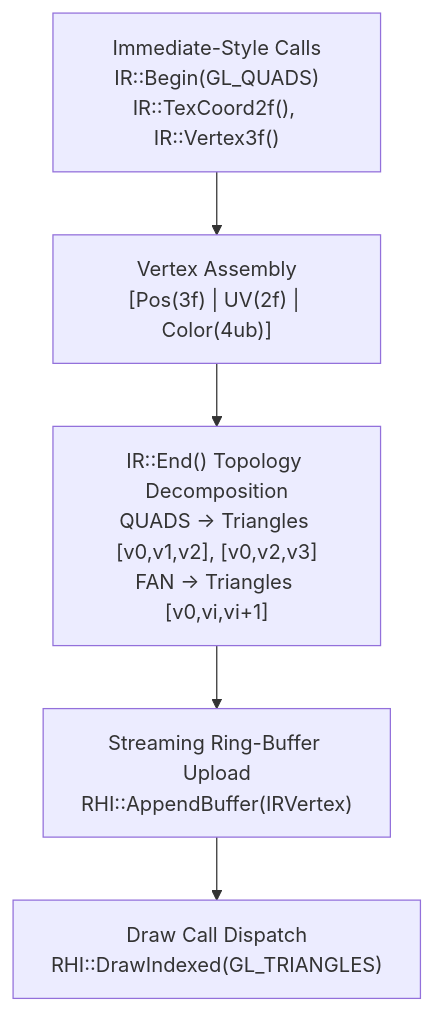
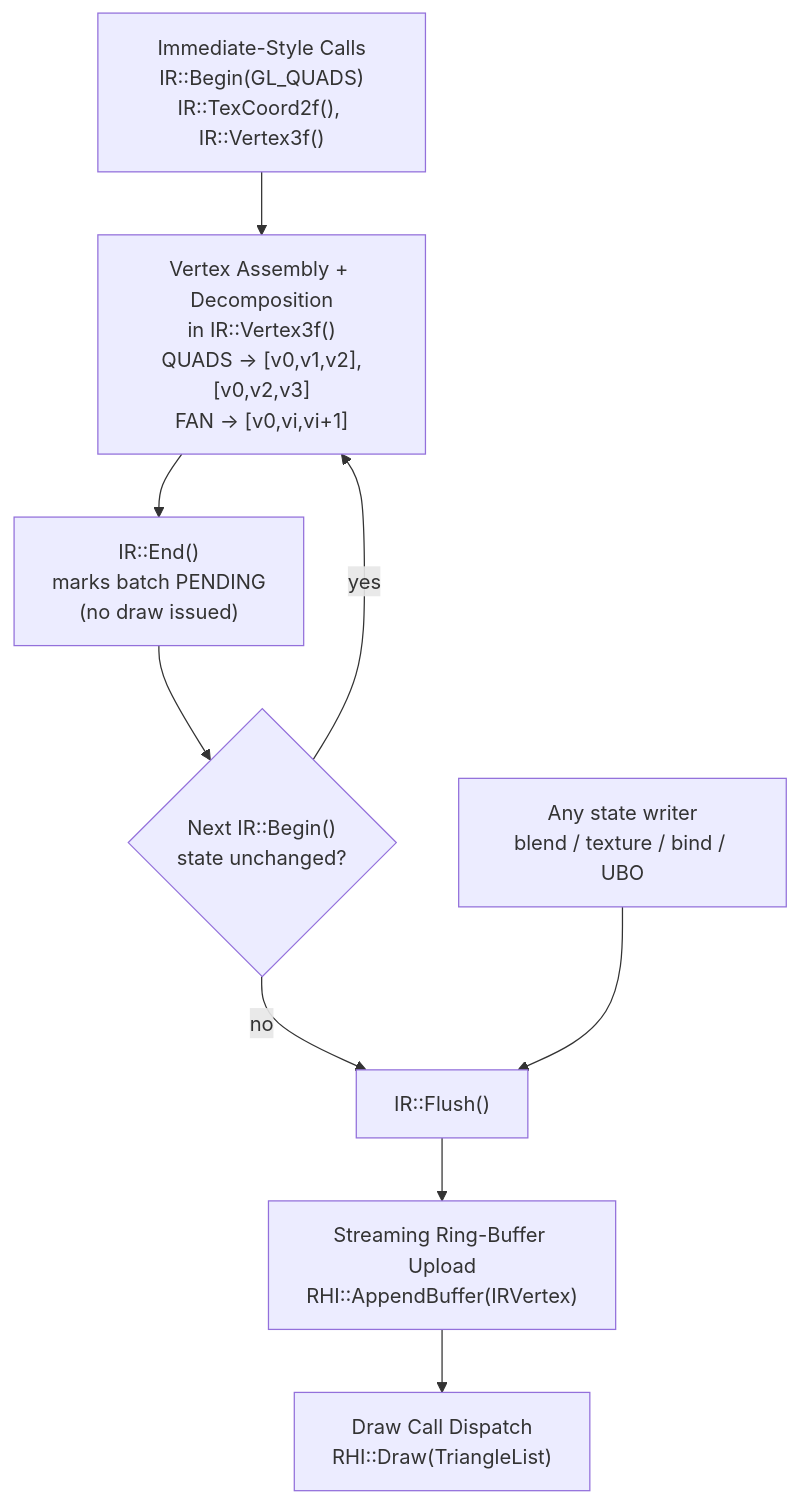
Before and after one commit to sven-n/MuMain: the diagram in docs/GPU Skinning/immediate-renderer-architecture.md, drawn with Mermaid. The commit also changed other lines of this file and 2 other files, not shown here.

````diff
--- a/docs/GPU Skinning/immediate-renderer-architecture.md
+++ b/docs/GPU Skinning/immediate-renderer-architecture.md
@@ -15,7 +15,11 @@
 ```mermaid
 graph TD
-    A["Immediate-Style Calls<br>IR::Begin(GL_QUADS)<br>IR::TexCoord2f(), IR::Vertex3f()"] --> B["Vertex Assembly<br>[Pos(3f) | UV(2f) | Color(4ub)]"]
-    B --> C["IR::End() Topology Decomposition<br>QUADS -> Triangles [v0,v1,v2], [v0,v2,v3]<br>FAN -> Triangles [v0,vi,vi+1]"]
-    C --> D["Streaming Ring-Buffer Upload<br>RHI::AppendBuffer(IRVertex)"]
-    D --> E["Draw Call Dispatch<br>RHI::DrawIndexed(GL_TRIANGLES)"]
+    A["Immediate-Style Calls<br>IR::Begin(GL_QUADS)<br>IR::TexCoord2f(), IR::Vertex3f()"] --> B["Vertex Assembly + Decomposition<br>in IR::Vertex3f()<br>QUADS -> [v0,v1,v2],[v0,v2,v3]<br>FAN -> [v0,vi,vi+1]"]
+    B --> C["IR::End()<br>marks batch PENDING<br>(no draw issued)"]
+    C --> D{"Next IR::Begin()<br>state unchanged?"}
+    D -->|yes| B
+    D -->|no| E["IR::Flush()"]
+    F["Any state writer<br>blend / texture / bind / UBO"] --> E
+    E --> G["Streaming Ring-Buffer Upload<br>RHI::AppendBuffer(IRVertex)"]
+    G --> H["Draw Call Dispatch<br>RHI::Draw(TriangleList)"]
 ```
````
